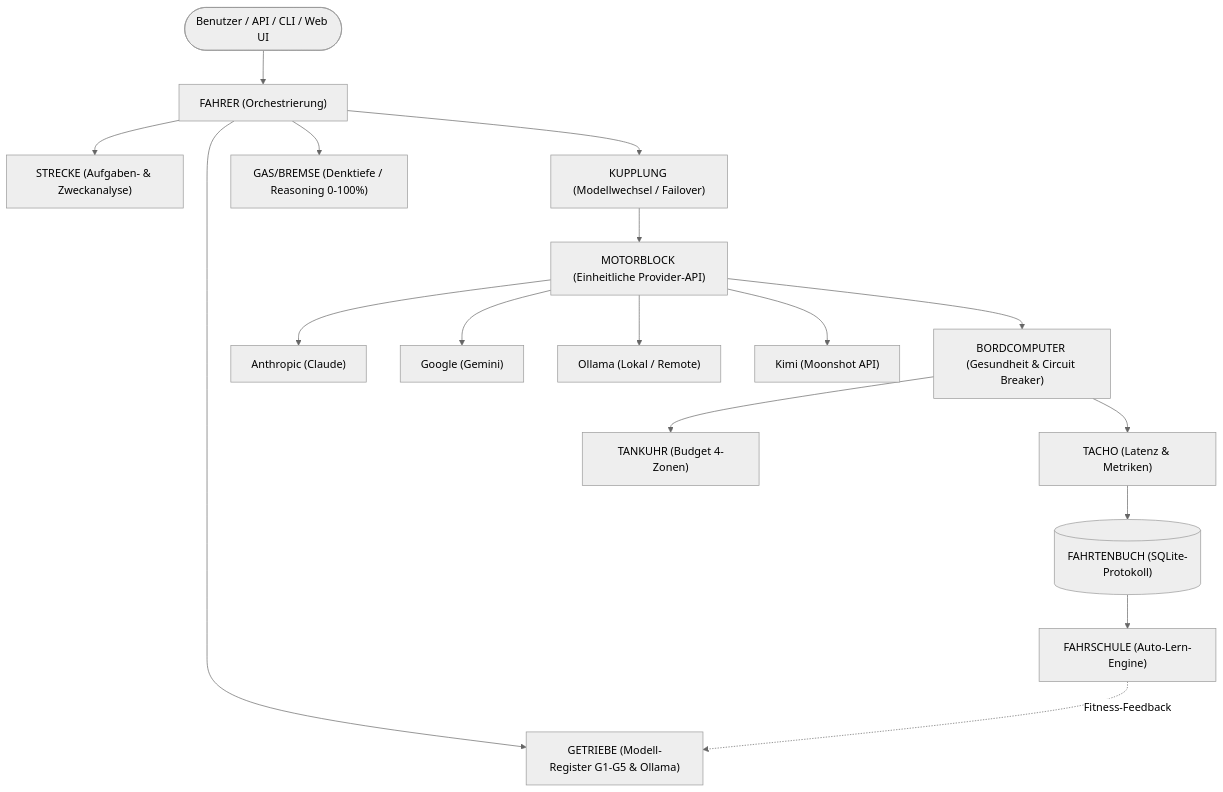
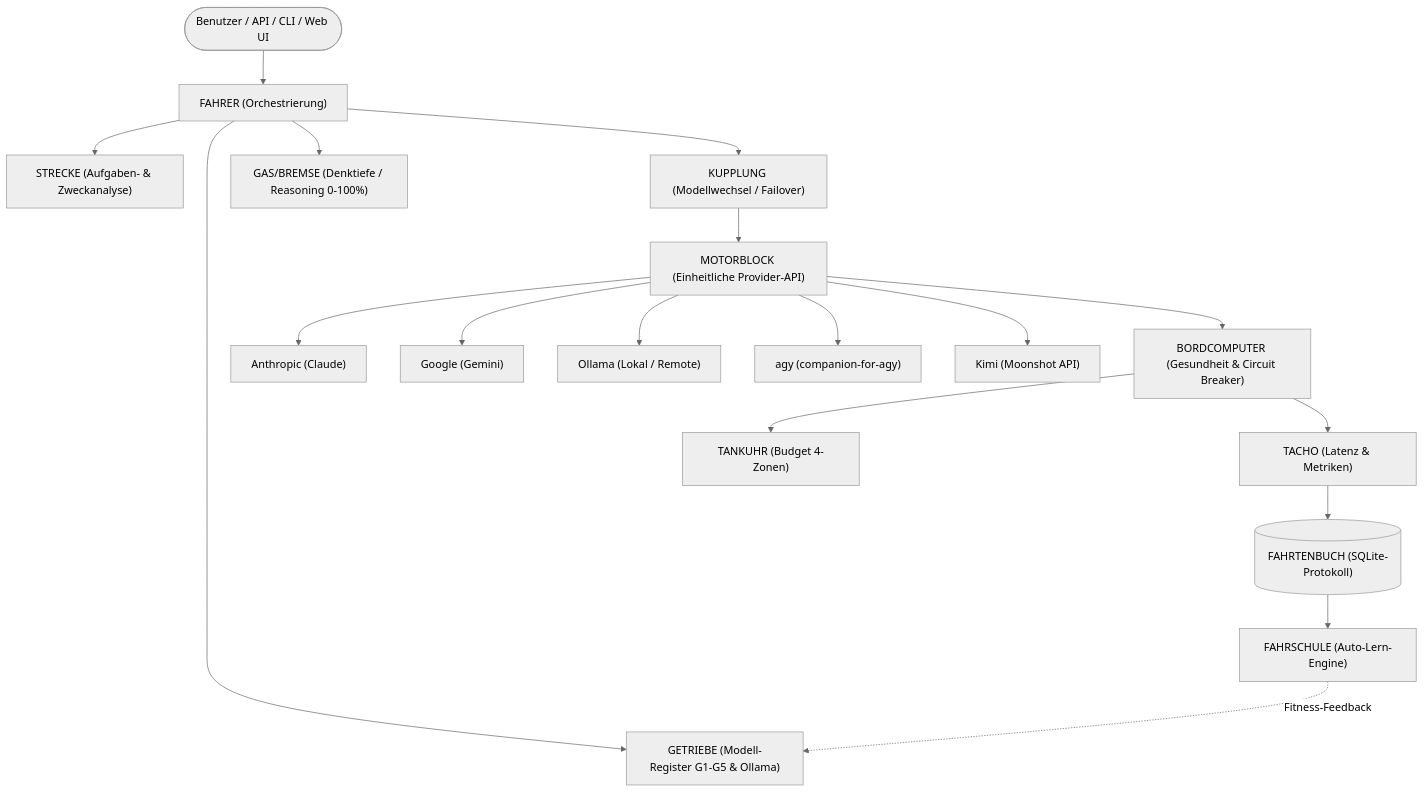
Before and after one commit to ellmos-ai/clutch: the diagram in README_de.md, drawn with Mermaid (neutral theme). The commit also changed other lines of this file and 8 other files, not shown here.

Commit message:
feat: route agy models through companion

````diff
--- a/README_de.md
+++ b/README_de.md
@@ -41,19 +41,20 @@
 ```mermaid
 graph TD
     User([Benutzer / API / CLI / Web UI]) --> Fahrer["FAHRER (Orchestrierung)"]
     Fahrer --> Strecke["STRECKE (Aufgaben- & Zweckanalyse)"]
     Fahrer --> Getriebe["GETRIEBE (Modell-Register G1-G5 & Ollama)"]
     Fahrer --> GasBremse["GAS/BREMSE (Denktiefe / Reasoning 0-100%)"]
     Fahrer --> Kupplung["KUPPLUNG (Modellwechsel / Failover)"]
     Kupplung --> MotorBlock["MOTORBLOCK (Einheitliche Provider-API)"]
     MotorBlock --> Anthropic["Anthropic (Claude)"]
     MotorBlock --> Gemini["Google (Gemini)"]
     MotorBlock --> Ollama["Ollama (Lokal / Remote)"]
+    MotorBlock --> Agy["agy (companion-for-agy)"]
     MotorBlock --> Kimi["Kimi (Moonshot API)"]
     MotorBlock --> Bordcomputer["BORDCOMPUTER (Gesundheit & Circuit Breaker)"]
     Bordcomputer --> Tankuhr["TANKUHR (Budget 4-Zonen)"]
     Bordcomputer --> Tacho["TACHO (Latenz & Metriken)"]
     Tacho --> Fahrtenbuch[("FAHRTENBUCH (SQLite-Protokoll)")]
     Fahrtenbuch --> Fahrschule["FAHRSCHULE (Auto-Lern-Engine)"]
     Fahrschule -. Fitness-Feedback .-> Getriebe
 ```
````
